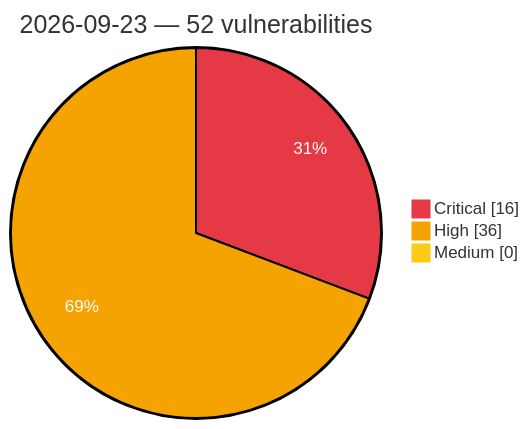
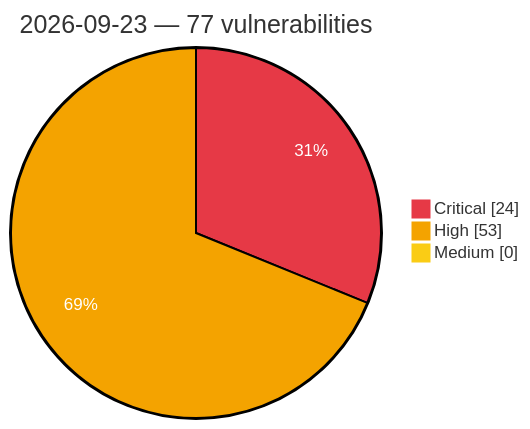
Before and after one commit to GhostX0X/vuln-tracker: the diagram in vulnerabilities/2026/September/2026-09-23.md, drawn with Mermaid. The commit also changed other lines of this file and 5 other files, not shown here.

Commit message:
Auto update: critical/high vulns (2026-09-23 22:02 UTC)

````diff
--- a/vulnerabilities/2026/September/2026-09-23.md
+++ b/vulnerabilities/2026/September/2026-09-23.md
@@ -3,8 +3,8 @@
 ```mermaid
 %%{init: {'theme':'base', 'themeVariables': {'pie1':'#e63946', 'pie2':'#f4a300', 'pie3':'#facc15', 'pieOpacity':'1', 'pieOuterStrokeWidth':'2px', 'pieSectionTextColor':'#ffffff'}}}%%
 pie showData
-    title 2026-09-23 — 52 vulnerabilities
-    "Critical" : 16
-    "High" : 36
+    title 2026-09-23 — 77 vulnerabilities
+    "Critical" : 24
+    "High" : 53
     "Medium" : 0
 ```
````
